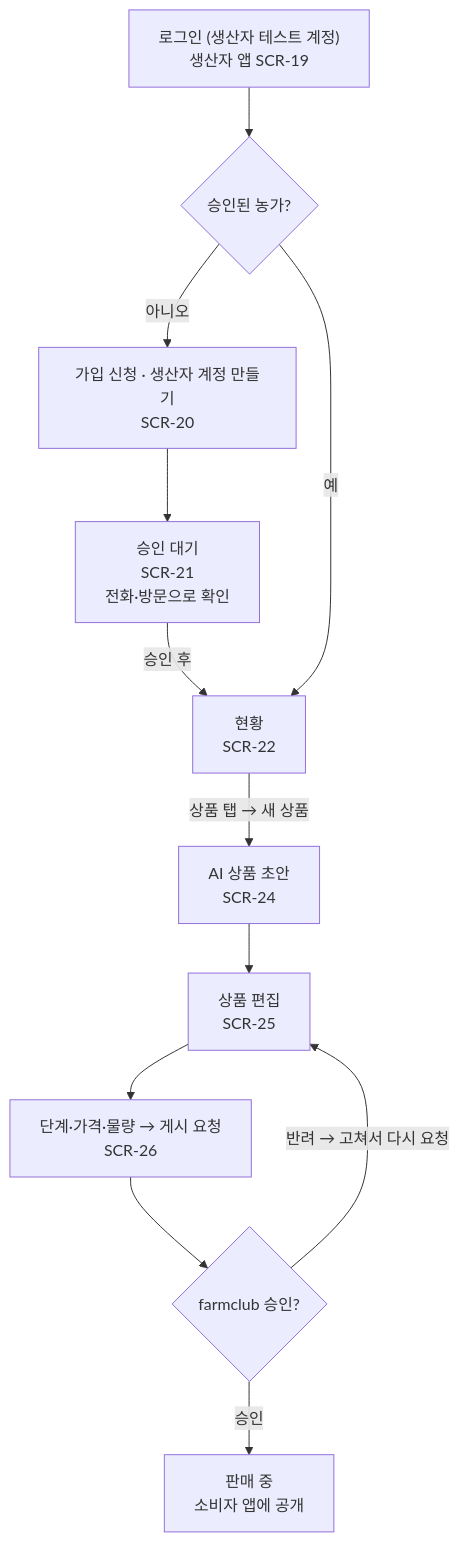
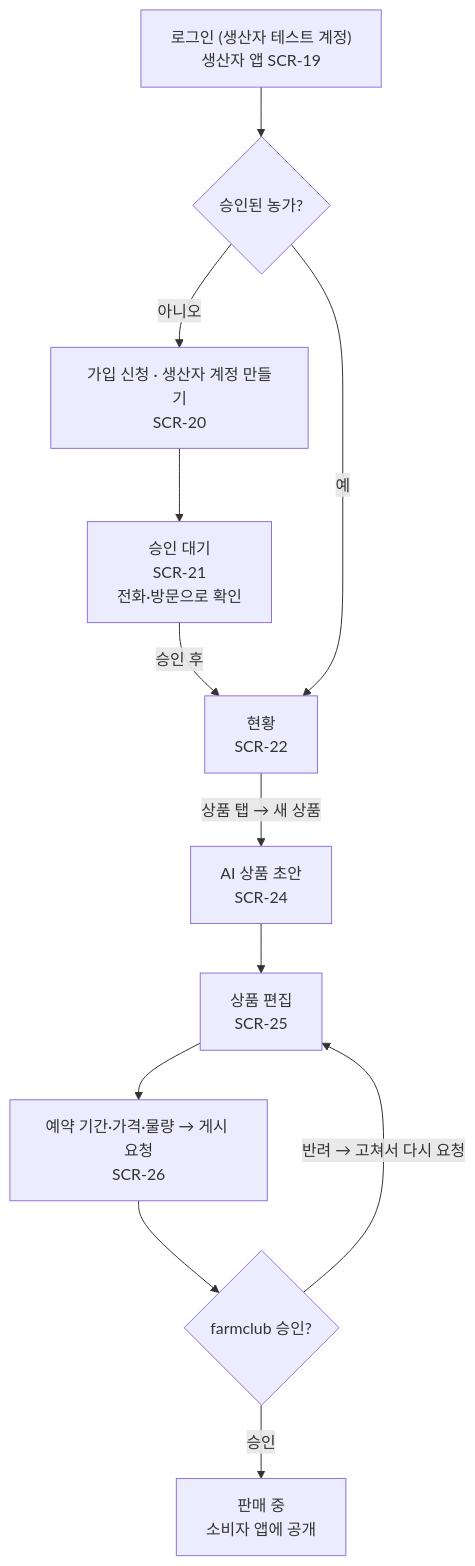
Before and after one commit to snuhcs-course/swpp-2026-project-team-06: the third of 4 diagrams in docs/spec/ia.md, drawn with Mermaid. The commit also changed other lines of this file and 28 other files, not shown here.

````diff
--- a/docs/spec/ia.md
+++ b/docs/spec/ia.md
@@ -220,11 +229,11 @@
 ```mermaid
 flowchart TD
   a["로그인 (생산자 테스트 계정)<br/>생산자 앱 SCR-19"] --> d1{"승인된 농가?"}
   d1 -- 아니오 --> b["가입 신청 · 생산자 계정 만들기<br/>SCR-20"] --> c["승인 대기<br/>SCR-21<br/>전화·방문으로 확인"]
   c -- 승인 후 --> h["현황<br/>SCR-22"]
   d1 -- 예 --> h
-  h -- 상품 탭 → 새 상품 --> dr["AI 상품 초안<br/>SCR-24"] --> ed["상품 편집<br/>SCR-25"] --> st["단계·가격·물량 → 게시 요청<br/>SCR-26"]
+  h -- 상품 탭 → 새 상품 --> dr["AI 상품 초안<br/>SCR-24"] --> ed["상품 편집<br/>SCR-25"] --> st["예약 기간·가격·물량 → 게시 요청<br/>SCR-26"]
   st --> d2{"farmclub 승인?"}
   d2 -- 반려 → 고쳐서 다시 요청 --> ed
   d2 -- 승인 --> live["판매 중<br/>소비자 앱에 공개"]
 ```
````
